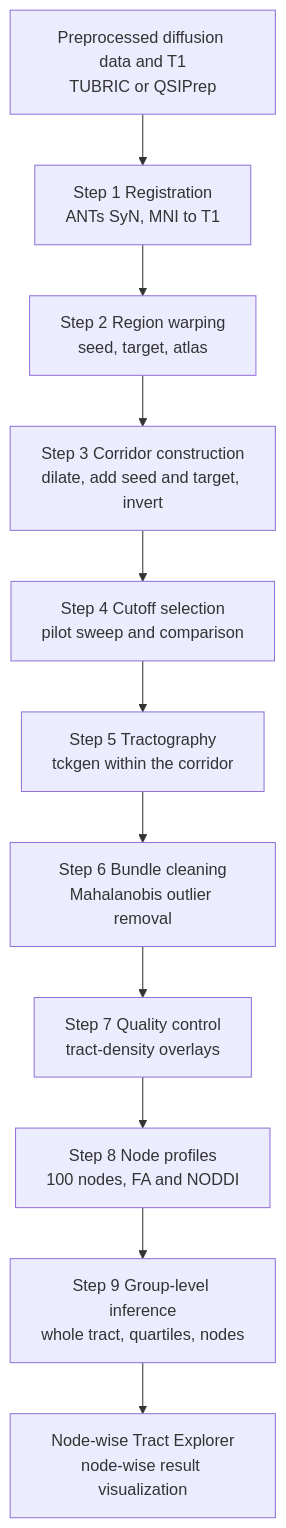
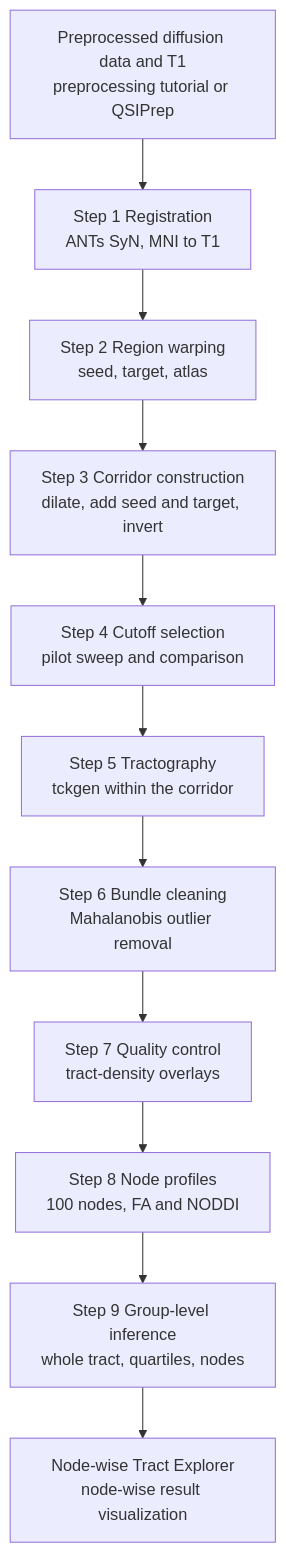
The diagram in docs/workflow/overview.md (DiffusionTensorImaging-Repos/MesoConnect-Tutorial), drawn with Mermaid before and after one commit. The commit also changed 8 other files, not shown here.

````diff
--- a/docs/workflow/overview.md
+++ b/docs/workflow/overview.md
@@ -14,13 +14,13 @@
 ```mermaid
 flowchart TD
-  A[Preprocessed diffusion data and T1<br/>TUBRIC or QSIPrep] --> B[Step 1 Registration<br/>ANTs SyN, MNI to T1]
+  A[Preprocessed diffusion data and T1<br/>preprocessing tutorial or QSIPrep] --> B[Step 1 Registration<br/>ANTs SyN, MNI to T1]
   B --> C[Step 2 Region warping<br/>seed, target, atlas]
   C --> D[Step 3 Corridor construction<br/>dilate, add seed and target, invert]
   D --> E[Step 4 Cutoff selection<br/>pilot sweep and comparison]
   E --> F[Step 5 Tractography<br/>tckgen within the corridor]
   F --> G[Step 6 Bundle cleaning<br/>Mahalanobis outlier removal]
   G --> H[Step 7 Quality control<br/>tract-density overlays]
   H --> I[Step 8 Node profiles<br/>100 nodes, FA and NODDI]
   I --> J[Step 9 Group-level inference<br/>whole tract, quartiles, nodes]
   J --> K[Node-wise Tract Explorer<br/>node-wise result visualization]
 ```
````
